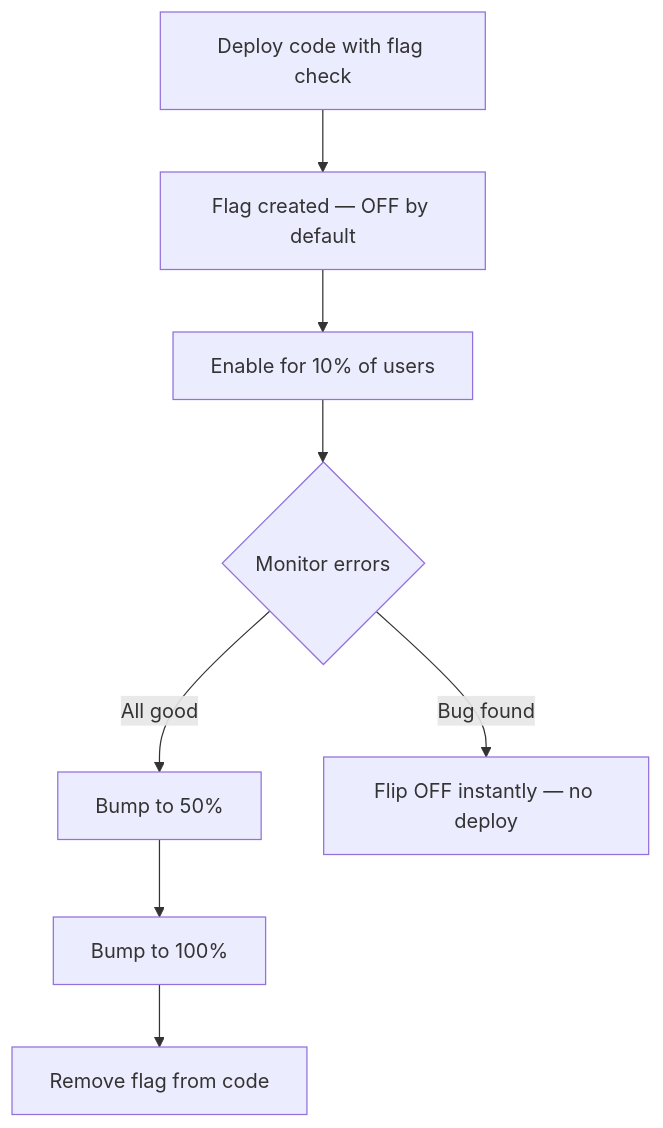
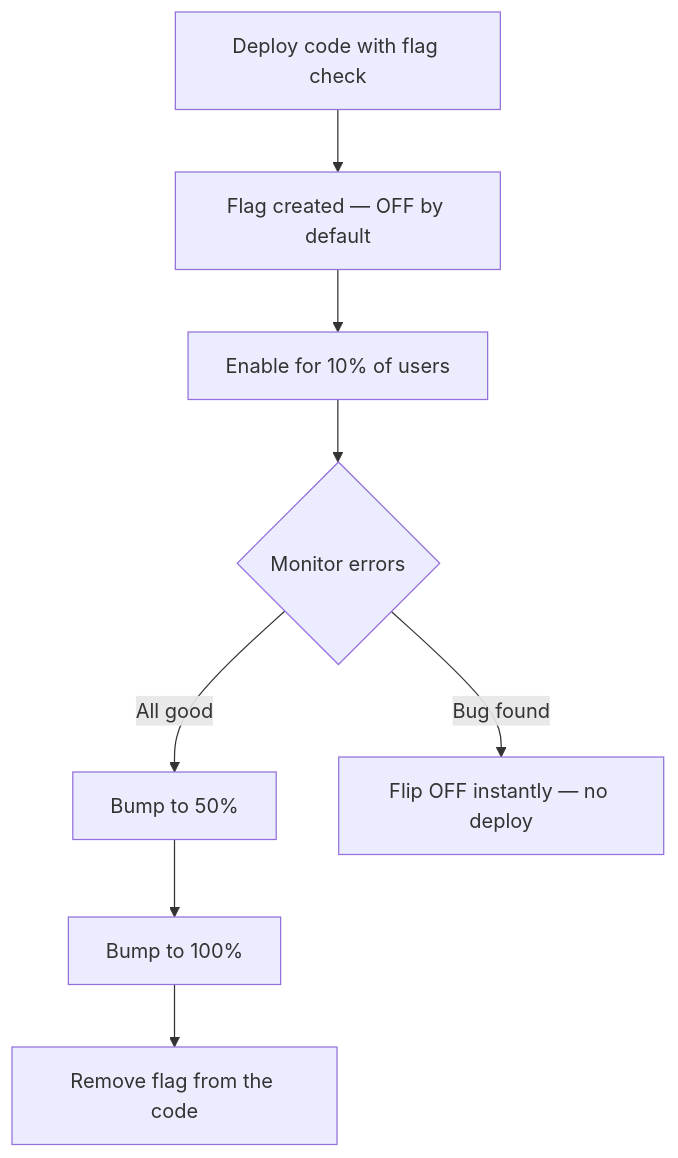
The first of 5 diagrams in Django/feature_flag(flighting).md (subbukp/Notes), drawn with Mermaid before and after one commit.

````diff
--- a/Django/feature_flag(flighting).md
+++ b/Django/feature_flag(flighting).md
@@ -9,10 +9,10 @@
 ```mermaid
 flowchart TD
     A[Deploy code with flag check] --> B[Flag created — OFF by default]
     B --> C[Enable for 10% of users]
     C --> D{Monitor errors}
     D -->|All good| E[Bump to 50%]
     D -->|Bug found| F[Flip OFF instantly — no deploy]
     E --> G[Bump to 100%]
-    G --> H[Remove flag from code]
+    G --> H[Remove flag from the code]
 ```
````
